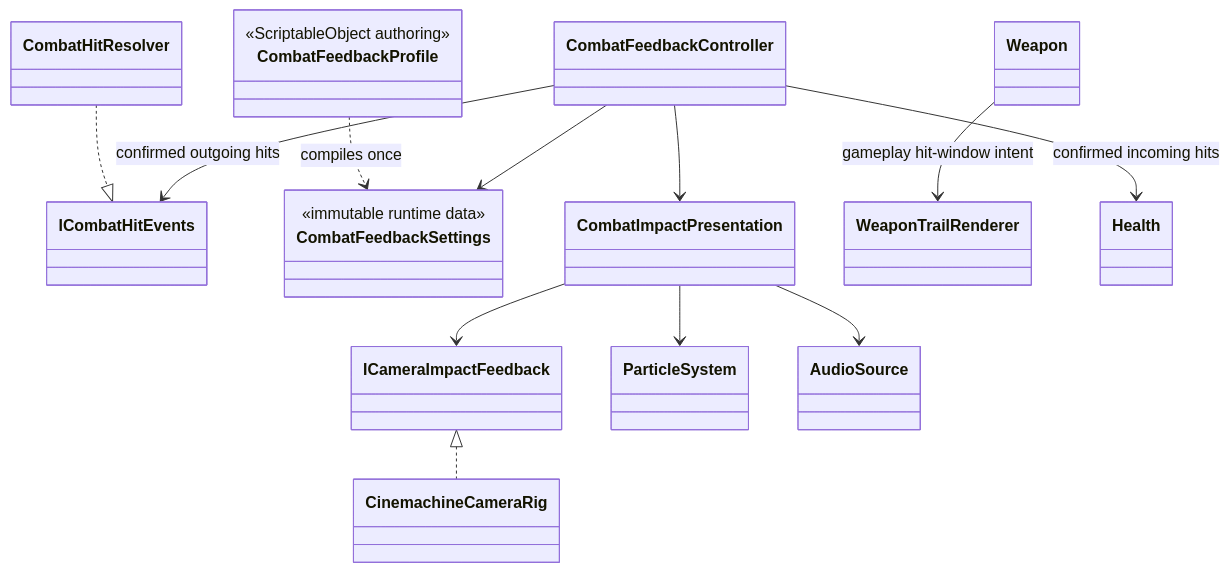
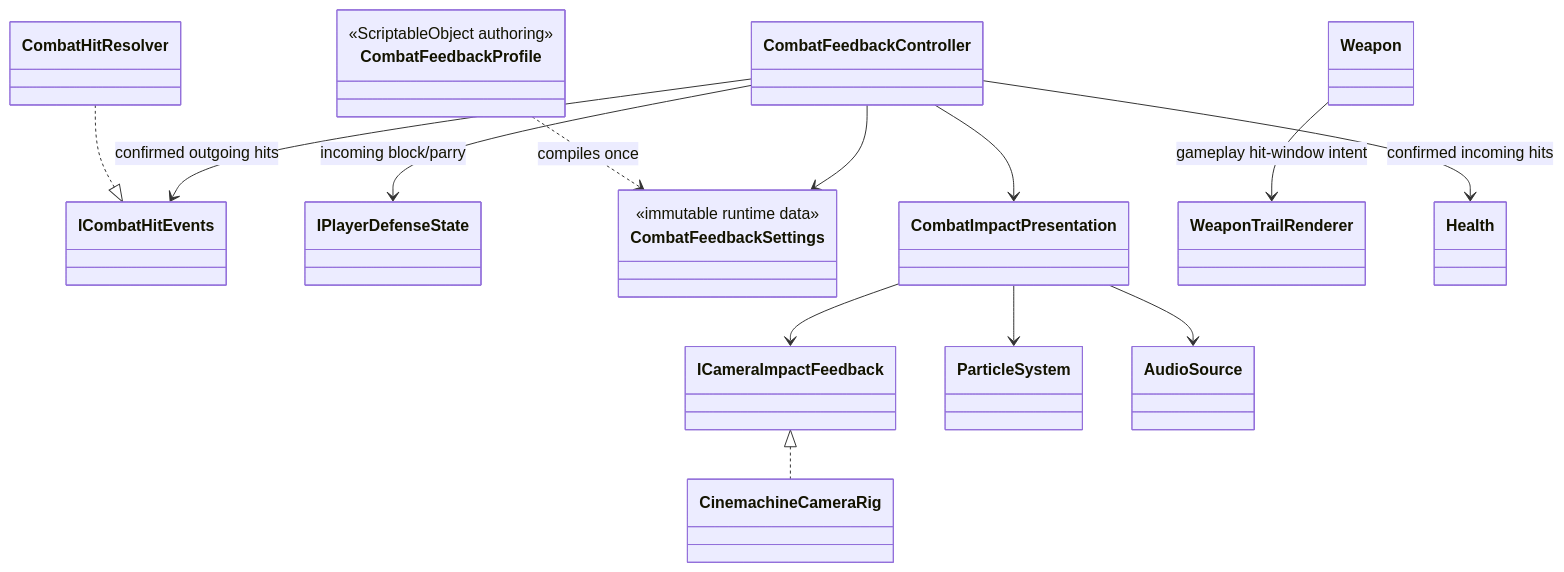
Before and after one commit to MaximFonariuc/project-s: the diagram in Assets/_App/Core/Runtime/Combat/Feedback/README.md, drawn with Mermaid. The commit also changed other lines of this file and 8 other files, not shown here.

Commit message:
feat(combat): differentiate defense feedback

````diff
--- a/Assets/_App/Core/Runtime/Combat/Feedback/README.md
+++ b/Assets/_App/Core/Runtime/Combat/Feedback/README.md
@@ -6,31 +6,33 @@
 ```mermaid
 classDiagram
     class CombatHitResolver
     class ICombatHitEvents
     class CombatFeedbackController
+    class IPlayerDefenseState
     class CombatFeedbackProfile {
         <<ScriptableObject authoring>>
     }
     class CombatFeedbackSettings {
         <<immutable runtime data>>
     }
     class CombatImpactPresentation
     class ICameraImpactFeedback
     class CinemachineCameraRig
     class ParticleSystem
     class AudioSource
     class Weapon
     class WeaponTrailRenderer
 
     CombatHitResolver ..|> ICombatHitEvents
     CombatFeedbackController --> ICombatHitEvents : confirmed outgoing hits
     CombatFeedbackController --> Health : confirmed incoming hits
+    CombatFeedbackController --> IPlayerDefenseState : incoming block/parry
     CombatFeedbackProfile ..> CombatFeedbackSettings : compiles once
     CombatFeedbackController --> CombatFeedbackSettings
     CombatFeedbackController --> CombatImpactPresentation
     CombatImpactPresentation --> ICameraImpactFeedback
     ICameraImpactFeedback <|.. CinemachineCameraRig
     CombatImpactPresentation --> ParticleSystem
     CombatImpactPresentation --> AudioSource
     Weapon --> WeaponTrailRenderer : gameplay hit-window intent
 ```
````
